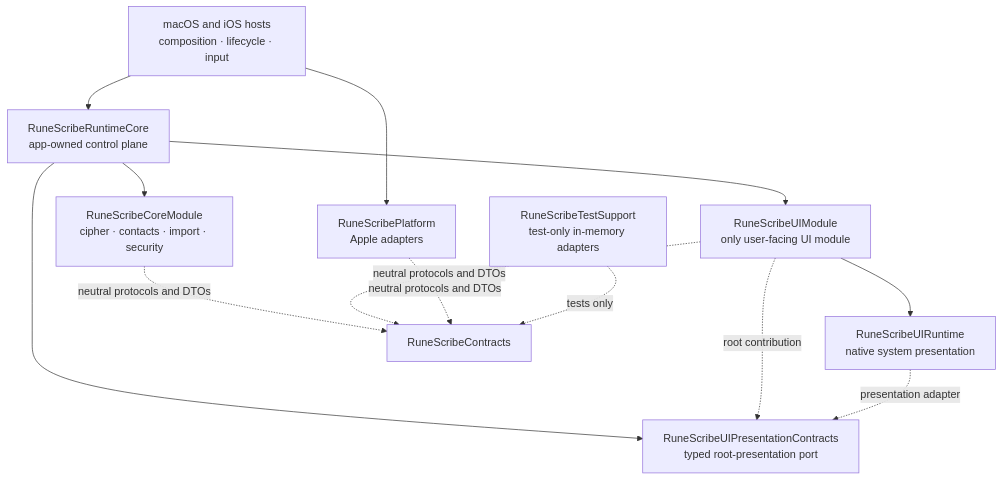
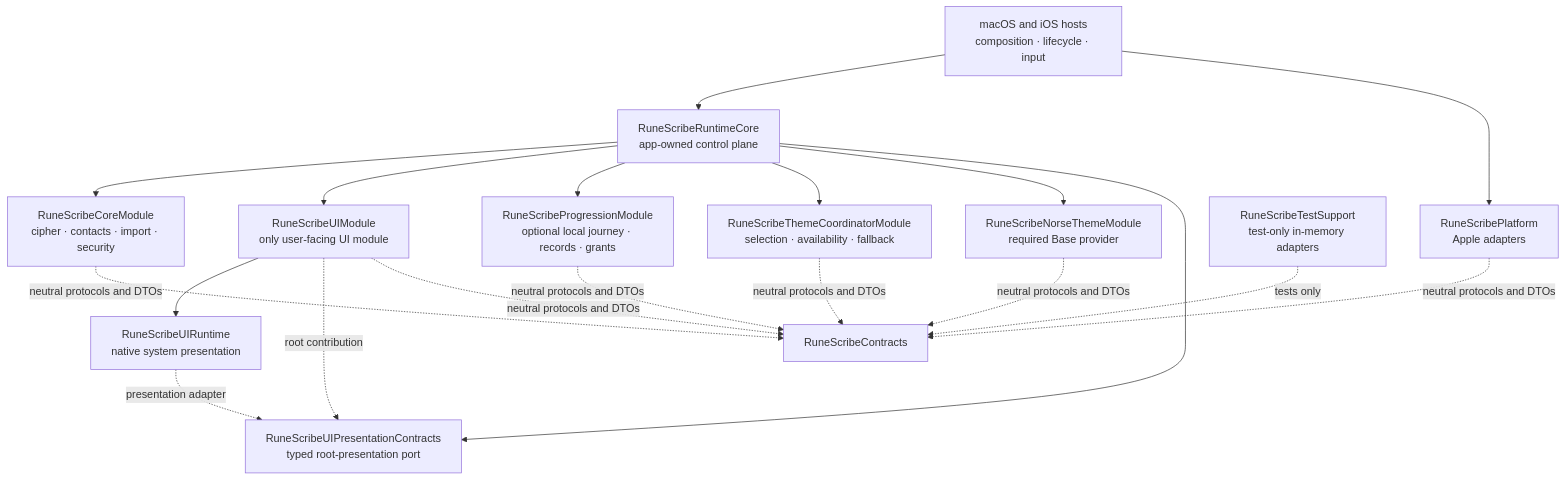
The third of 3 diagrams in README.md (flynn33/rune-scribe), drawn with Mermaid before and after one commit. The commit also changed other lines of this file and 18 other files, not shown here.

Commit message:
Align release and roadmap documentation

````diff
--- a/README.md
+++ b/README.md
@@ -225,15 +226,21 @@
 ```mermaid
 flowchart TD
     Host[macOS and iOS hosts<br/>composition · lifecycle · input] --> Runtime[RuneScribeRuntimeCore<br/>app-owned control plane]
     Host --> Platform[RuneScribePlatform<br/>Apple adapters]
     Runtime --> Core[RuneScribeCoreModule<br/>cipher · contacts · import · security]
     Runtime --> UI[RuneScribeUIModule<br/>only user-facing UI module]
+    Runtime --> Progression[RuneScribeProgressionModule<br/>optional local journey · records · grants]
+    Runtime --> ThemeCoordinator[RuneScribeThemeCoordinatorModule<br/>selection · availability · fallback]
+    Runtime --> NorseTheme[RuneScribeNorseThemeModule<br/>required Base provider]
     UI --> UIRuntime[RuneScribeUIRuntime<br/>native system presentation]
     Runtime --> Presentation[RuneScribeUIPresentationContracts<br/>typed root-presentation port]
     UI -. root contribution .-> Presentation
     UIRuntime -. presentation adapter .-> Presentation
     Core -. neutral protocols and DTOs .-> Contracts[RuneScribeContracts]
     UI -. neutral protocols and DTOs .-> Contracts
+    Progression -. neutral protocols and DTOs .-> Contracts
+    ThemeCoordinator -. neutral protocols and DTOs .-> Contracts
+    NorseTheme -. neutral protocols and DTOs .-> Contracts
     Platform -. neutral protocols and DTOs .-> Contracts
     TestSupport[RuneScribeTestSupport<br/>test-only in-memory adapters] -. tests only .-> Contracts
 ```
````
